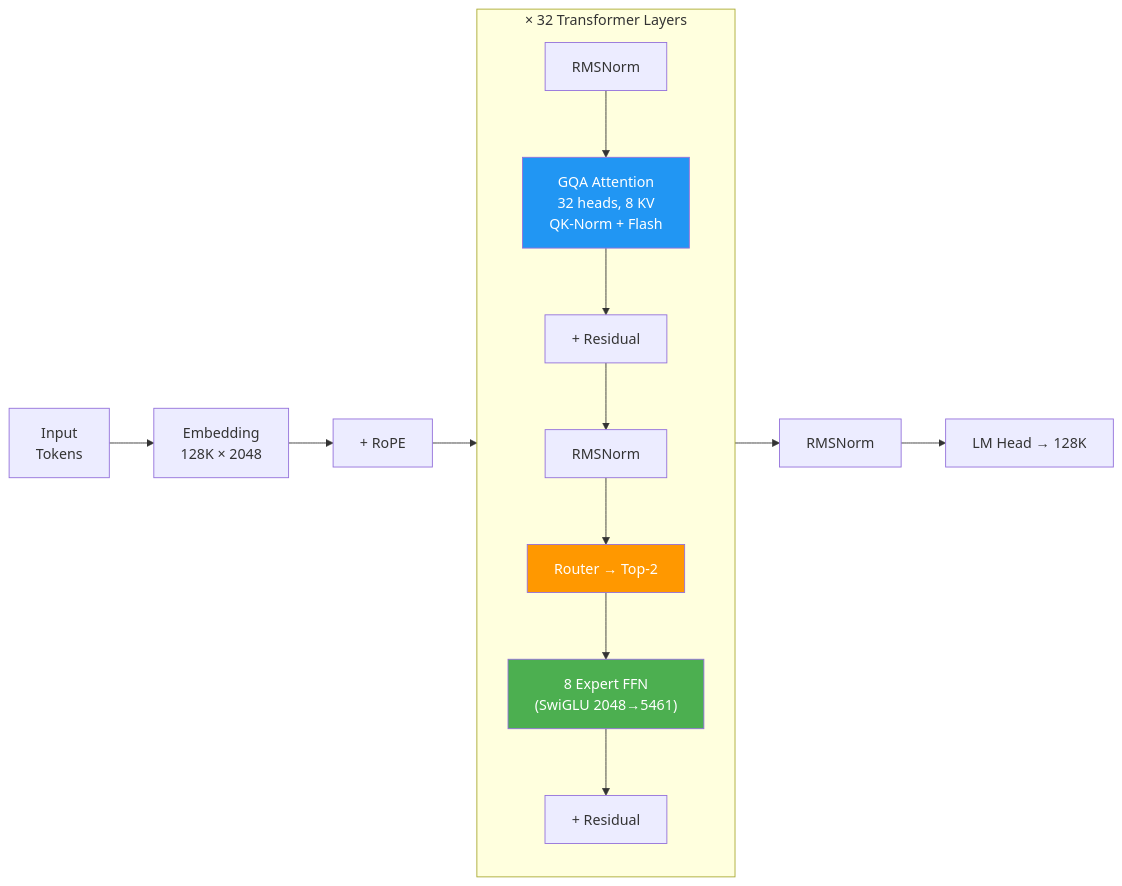
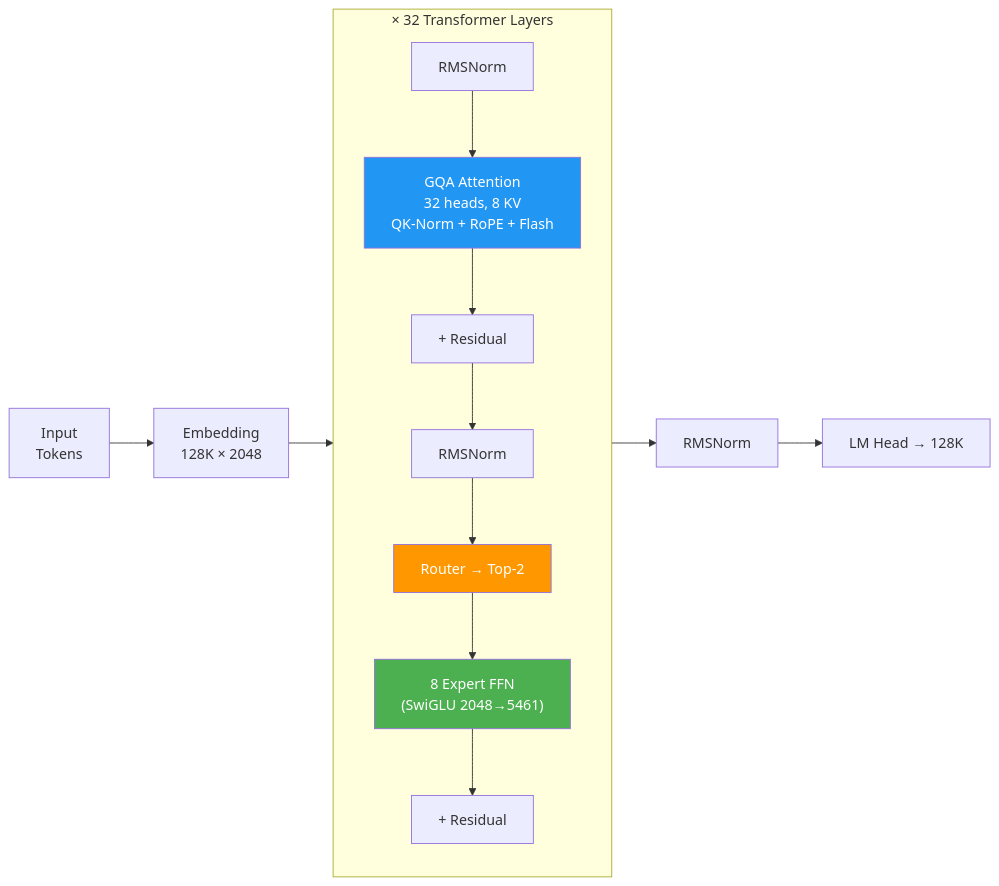
Before and after one commit to yuaone/yua: the first of 3 diagrams in README.md, drawn with Mermaid. The commit also changed other lines of this file, not shown here.

Commit message:
fix architecture diagram: RoPE inside attention, not embedding

````diff
--- a/README.md
+++ b/README.md
@@ -34,23 +34,22 @@
 ```mermaid
 graph LR
     A["Input<br/>Tokens"] --> B["Embedding<br/>128K × 2048"]
-    B --> C["+ RoPE"]
-    C --> D["× 32 Layers"]
+    B --> D["× 32 Layers"]
     
     subgraph D["× 32 Transformer Layers"]
         direction TB
-        N1["RMSNorm"] --> ATT["GQA Attention<br/>32 heads, 8 KV<br/>QK-Norm + Flash"]
+        N1["RMSNorm"] --> ATT["GQA Attention<br/>32 heads, 8 KV<br/>QK-Norm + RoPE + Flash"]
         ATT --> R1["+ Residual"]
         R1 --> N2["RMSNorm"]
         N2 --> RT["Router → Top-2"]
         RT --> EX["8 Expert FFN<br/>(SwiGLU 2048→5461)"]
         EX --> R2["+ Residual"]
     end
     
     D --> E["RMSNorm"]
     E --> F["LM Head → 128K"]
 
     style ATT fill:#2196F3,color:#fff
     style RT fill:#FF9800,color:#fff
     style EX fill:#4CAF50,color:#fff
 ```
````
